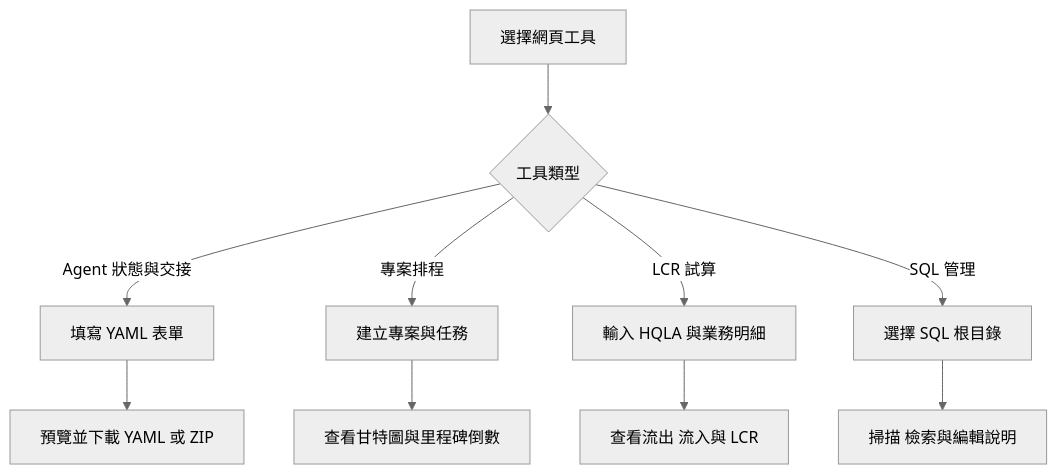
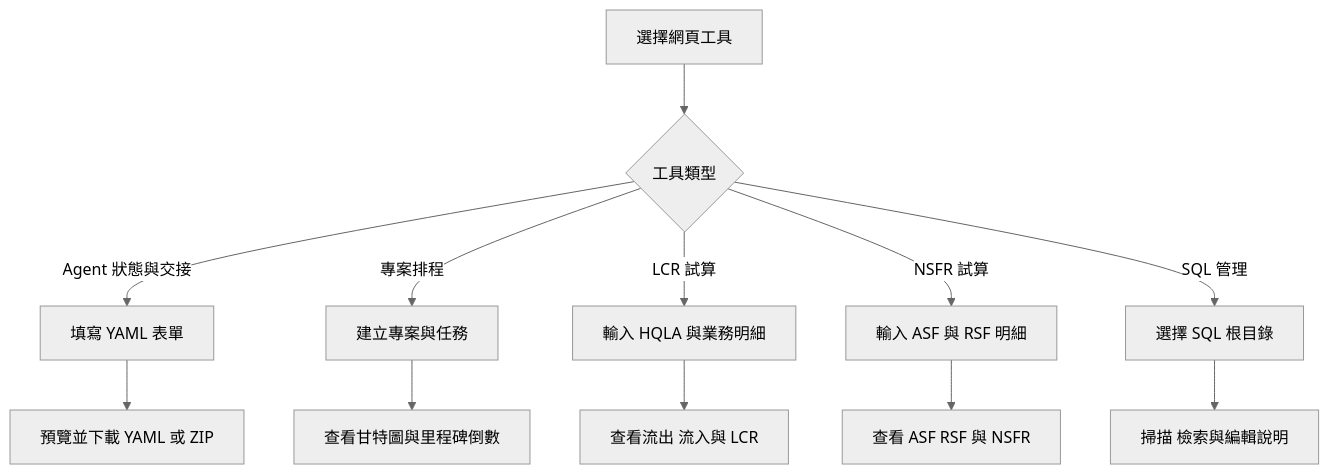
One commit to DunkLiao/my-spa-tools changed the first of 6 diagrams in README.md. Above: the diagram before and after it, drawn with Mermaid (neutral theme). The commit also changed other lines of this file and 2 other files, not shown here.

First line of the commit message:
Add NSFR mapping SPA tool and update README

````diff
--- a/README.md
+++ b/README.md
@@ -38,12 +40,14 @@
 ```mermaid
 flowchart TD
     A[選擇網頁工具] --> B{工具類型}
     B -->|Agent 狀態與交接| C[填寫 YAML 表單]
     B -->|專案排程| D[建立專案與任務]
     B -->|LCR 試算| E[輸入 HQLA 與業務明細]
+    B -->|NSFR 試算| K[輸入 ASF 與 RSF 明細]
     B -->|SQL 管理| I[選擇 SQL 根目錄]
     C --> F[預覽並下載 YAML 或 ZIP]
     D --> G[查看甘特圖與里程碑倒數]
     E --> H[查看流出 流入與 LCR]
+    K --> L[查看 ASF RSF 與 NSFR]
     I --> J[掃描 檢索與編輯說明]
 ```
````
